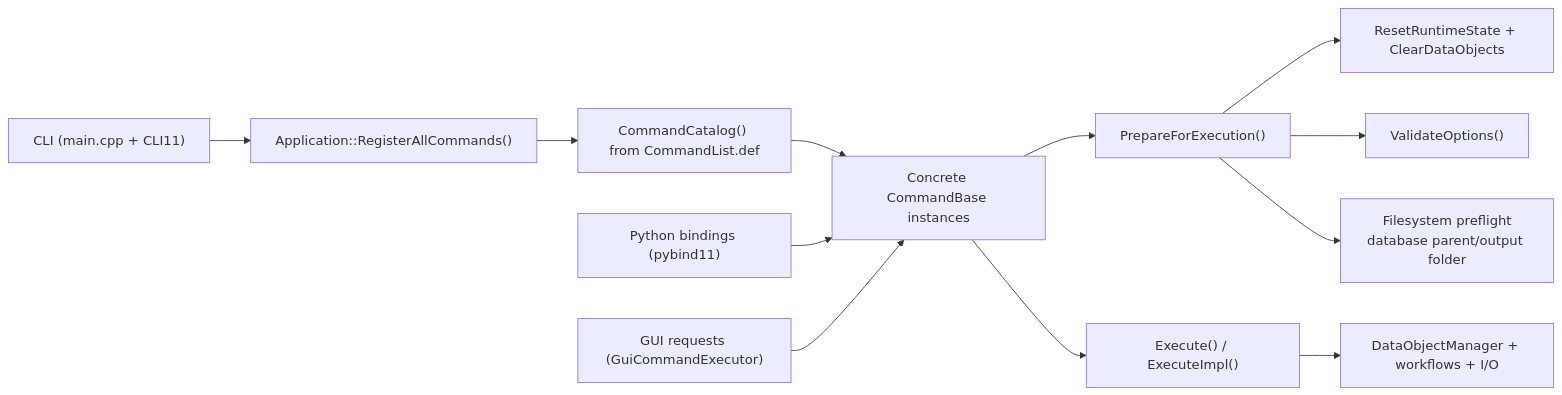
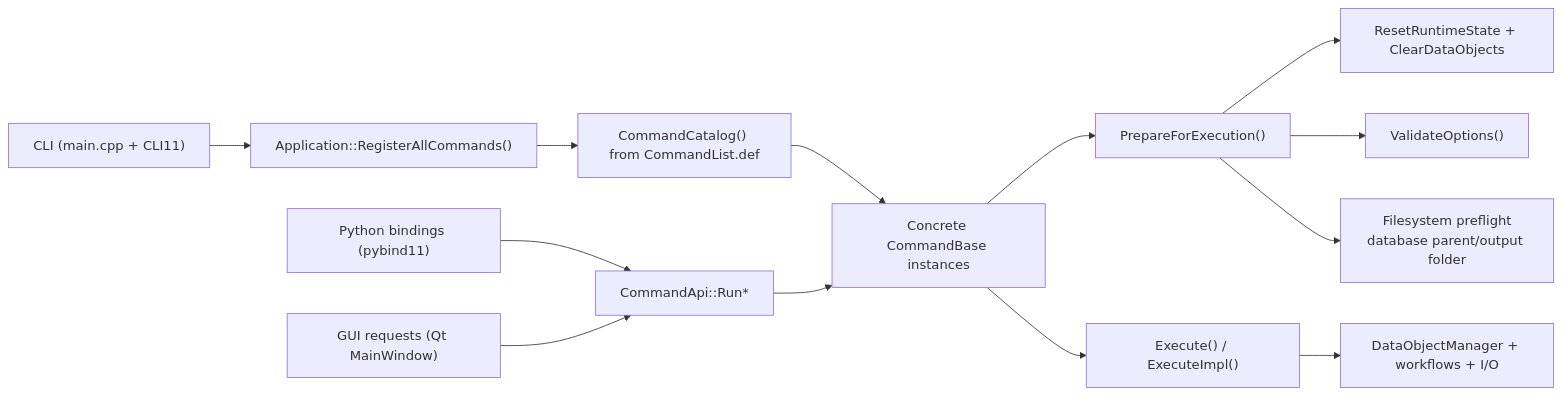
The diagram in docs/developer/architecture/command-architecture.md (yslianTim/rhbm_gem), drawn with Mermaid before and after one commit. The commit also changed other lines of this file and 73 other files, not shown here.

````diff
--- a/docs/developer/architecture/command-architecture.md
+++ b/docs/developer/architecture/command-architecture.md
@@ -12,17 +12,18 @@
 ```mermaid
 flowchart LR
     A["CLI (main.cpp + CLI11)"] --> B["Application::RegisterAllCommands()"]
     B --> C["CommandCatalog() from CommandList.def"]
     C --> D["Concrete CommandBase instances"]
 
-    E["Python bindings (pybind11)"] --> D
-    F["GUI requests (GuiCommandExecutor)"] --> D
+    E["Python bindings (pybind11)"] --> J["CommandApi::Run*"]
+    F["GUI requests (Qt MainWindow)"] --> J
+    J --> D
 
     D --> G["PrepareForExecution()"]
     G --> G1["ResetRuntimeState + ClearDataObjects"]
     G --> G2["ValidateOptions()"]
     G --> G3["Filesystem preflight<br/>database parent/output folder"]
 
     D --> H["Execute() / ExecuteImpl()"]
     H --> I["DataObjectManager + workflows + I/O"]
 ```
````
